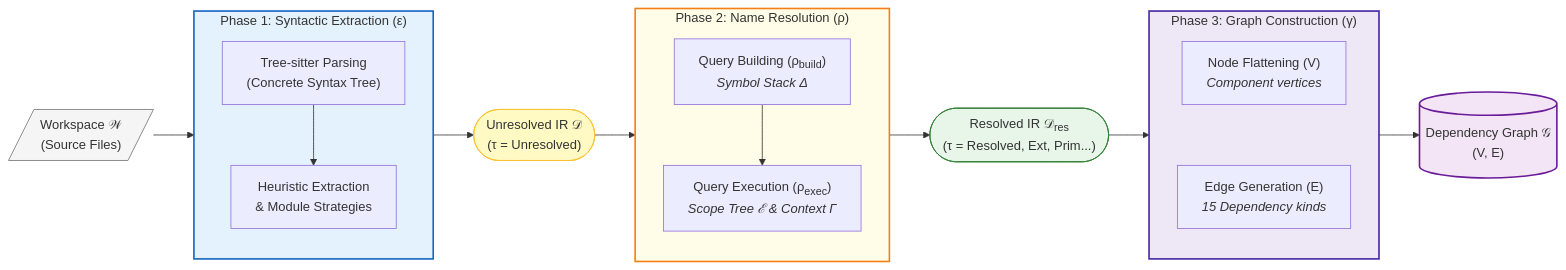
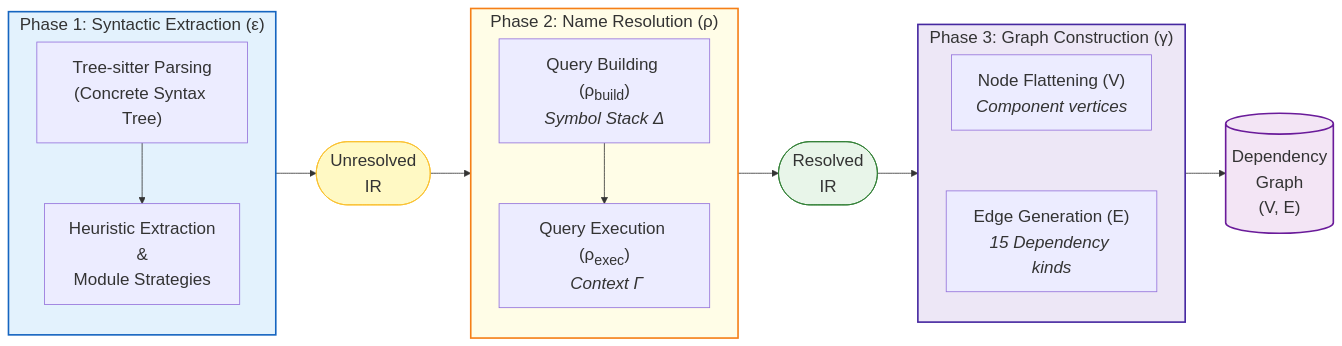
One commit to FerrarioChristian/master-thesis changed the diagram in images/analysis_process/pipeline_detailed.mmd. Above: the diagram before and after it, drawn with Mermaid. The commit also changed 3 other files, not shown here.

```diff
--- a/images/analysis_process/pipeline_detailed.mmd
+++ b/images/analysis_process/pipeline_detailed.mmd
@@ -1,48 +1,51 @@
+%%{init: {
+    'flowchart': {
+    'rankSpacing': 50
+  },
+  'themeVariables': {'fontSize': '21px'}
+}}%%
 flowchart LR
     %% Domains / Artifacts
-    W[/"Workspace &Wscr;<br/>(Source Files)"/]
-    D(["Unresolved IR &Dscr;<br/>(&tau; = Unresolved)"])
-    D_res(["Resolved IR &Dscr;<sub>res</sub><br/>(&tau; = Resolved, Ext, Prim...)"])
-    G[("Dependency Graph &Gscr;<br/>(V, E)")]
+    D(["Unresolved<br/>IR"])
+    D_res(["Resolved<br/>IR"])
+    G[("Dependency <br/>Graph <br/>(V, E)")]
 
     %% Phase 1
     subgraph P1["Phase 1: Syntactic Extraction (&epsilon;)"]
         direction TB
         TS["Tree-sitter Parsing<br/>(Concrete Syntax Tree)"]
-        HE["Heuristic Extraction<br/>& Module Strategies"]
+        HE["Heuristic Extraction<br/>& <br/>Module Strategies"]
         TS --> HE
     end
 
     %% Phase 2
     subgraph P2["Phase 2: Name Resolution (&rho;)"]
         direction TB
         QB["Query Building (&rho;<sub>build</sub>)<br/><i>Symbol Stack &Delta;</i>"]
-        QE["Query Execution (&rho;<sub>exec</sub>)<br/><i>Scope Tree &Escr; & Context &Gamma;</i>"]
+        QE["Query Execution (&rho;<sub>exec</sub>)<br/><i> Context &Gamma;</i>"]
         QB --> QE
     end
 
     %% Phase 3
     subgraph P3["Phase 3: Graph Construction (&gamma;)"]
         direction TB
         NF["Node Flattening (V)<br/><i>Component vertices</i>"]
         EG["Edge Generation (E)<br/><i>15 Dependency kinds</i>"]
         NF ~~~ EG
     end
 
     %% Data Flow
-    W --> P1
     P1 --> D
     D --> P2
     P2 --> D_res
     D_res --> P3
     P3 --> G
 
     %% Styling
-    style W fill:#f5f5f5,stroke:#757575,stroke-width:1px
     style D fill:#fff9c4,stroke:#fbc02d,stroke-width:1px
     style D_res fill:#e8f5e9,stroke:#2e7d32,stroke-width:1px
     style G fill:#f3e5f5,stroke:#6a1b9a,stroke-width:2px
 
     style P1 fill:#e3f2fd,stroke:#1565c0,stroke-width:2px
     style P2 fill:#fffde7,stroke:#f57f17,stroke-width:2px
     style P3 fill:#ede7f6,stroke:#4527a0,stroke-width:2px
```
